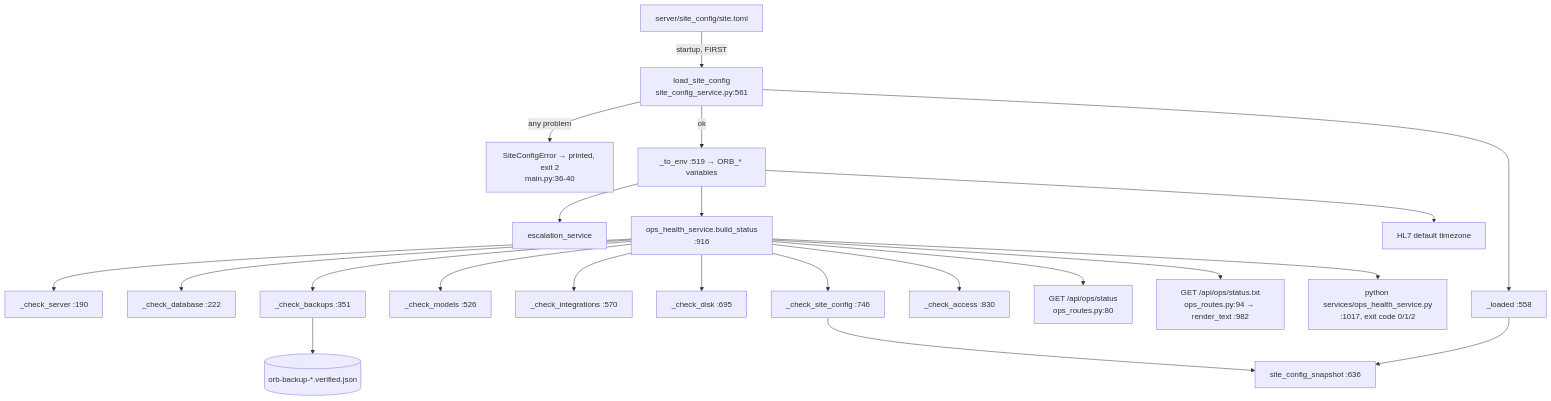
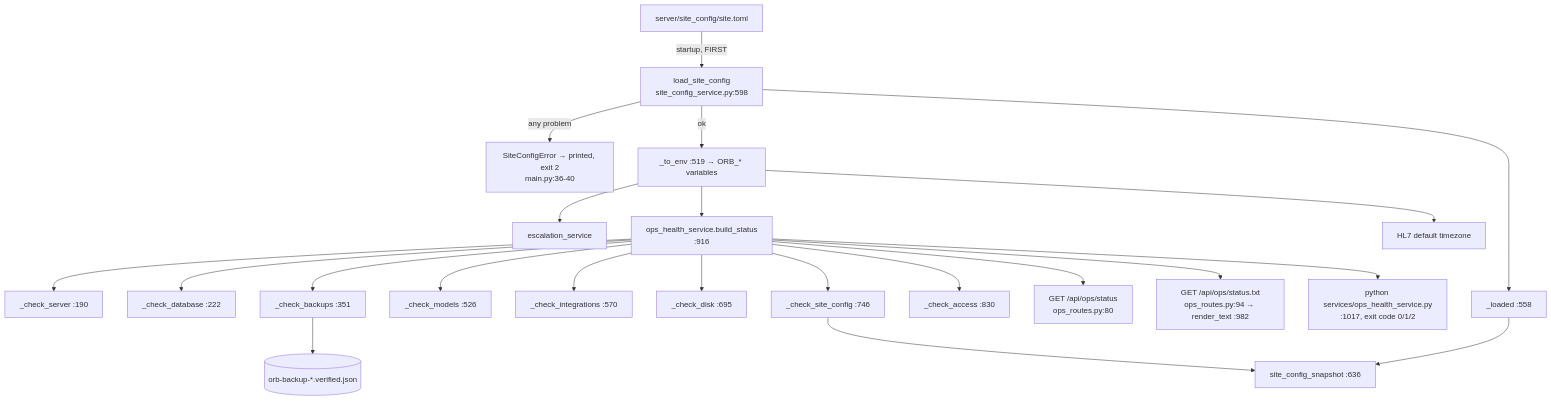
Before and after one commit to samuelmorningstar23/Orb: the first of 2 diagrams in docs/guide/40-ops-health-and-site-config.md, drawn with Mermaid. The commit also changed other lines of this file and 56 other files, not shown here.

````diff
--- a/docs/guide/40-ops-health-and-site-config.md
+++ b/docs/guide/40-ops-health-and-site-config.md
@@ -65,25 +65,25 @@
 ```mermaid
 graph TD
-  TOML[server/site_config/site.toml] -->|startup, FIRST| LOAD[load_site_config<br/>site_config_service.py:561]
+  TOML[server/site_config/site.toml] -->|startup, FIRST| LOAD[load_site_config<br/>site_config_service.py:598]
   LOAD -->|any problem| BOOM[SiteConfigError → printed, exit 2<br/>main.py:36-40]
   LOAD -->|ok| ENV[_to_env :519 → ORB_* variables]
   ENV --> ESC[escalation_service]
   ENV --> OPS
   ENV --> HL7[HL7 default timezone]
   LOAD --> MEM[_loaded :558]
   MEM --> SNAP[site_config_snapshot :636]
 
   OPS[ops_health_service.build_status<br/>:916] --> C1[_check_server :190]
   OPS --> C2[_check_database :222]
   OPS --> C3[_check_backups :351]
   OPS --> C4[_check_models :526]
   OPS --> C5[_check_integrations :570]
   OPS --> C6[_check_disk :695]
   OPS --> C7[_check_site_config :746]
   OPS --> C8[_check_access :830]
   C7 --> SNAP
   C3 --> RCPT[(orb-backup-*.verified.json)]
   OPS --> JSON[GET /api/ops/status<br/>ops_routes.py:80]
   OPS --> TXT[GET /api/ops/status.txt<br/>ops_routes.py:94 → render_text :982]
   OPS --> CLI[python services/ops_health_service.py<br/>:1017, exit code 0/1/2]
 ```
````
